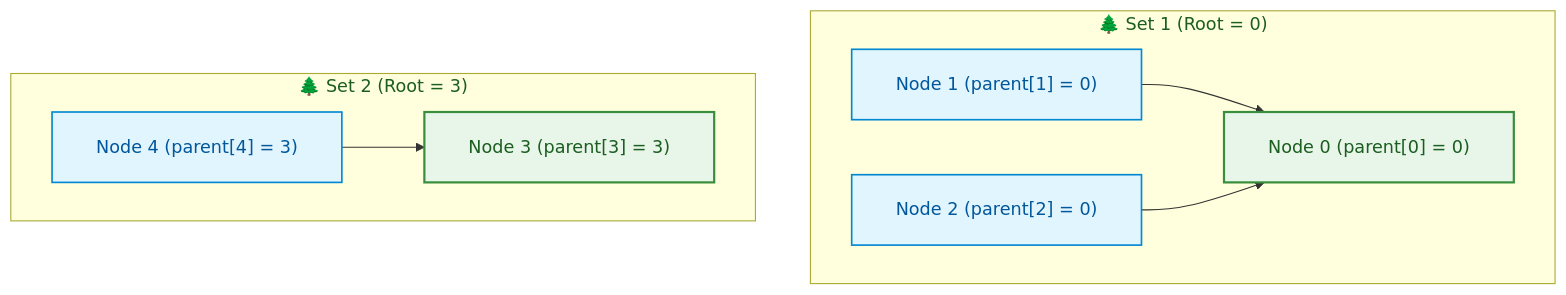
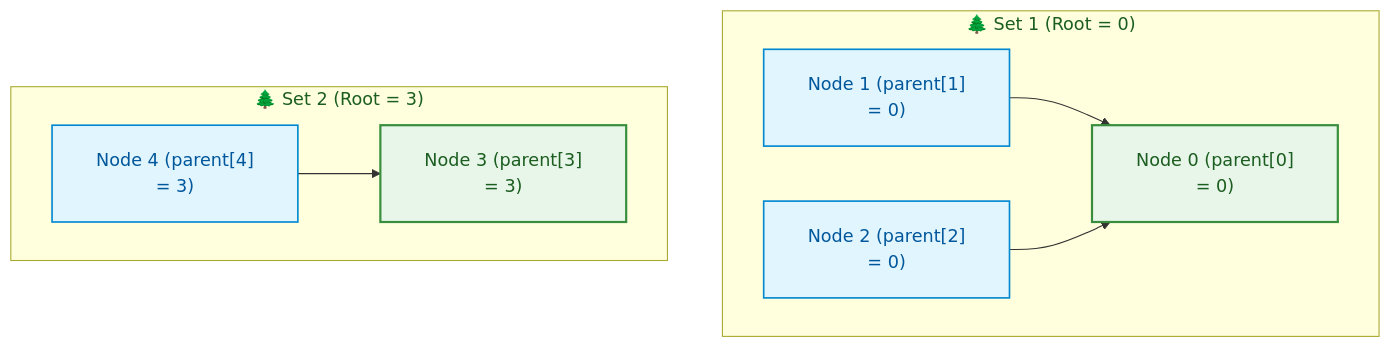
Diagram 13 of 15 in week_09_graph_algorithms_i/Week_09_Visual_Concepts_Playbook_HYBRID.md (dip4k/DSA_102), drawn with Mermaid before and after one commit. The commit also changed other lines of this file and 106 other files, not shown here.

First line of the commit message:
fix(mermaid): prevent text clipping with foreignObject overflow and tighter line wrapping

````diff
--- a/week_09_graph_algorithms_i/Week_09_Visual_Concepts_Playbook_HYBRID.md
+++ b/week_09_graph_algorithms_i/Week_09_Visual_Concepts_Playbook_HYBRID.md
@@ -466,20 +466,20 @@
 ```mermaid
-%%{init: {"flowchart": {"htmlLabels": true, "padding": 20}}}%%
+%%{init: {"flowchart": {"htmlLabels": true, "padding": 20}, "themeCSS": "foreignObject { overflow: visible !important; }"}}%%
 flowchart TD
     classDef root fill:#e8f5e9,stroke:#388e3c,color:#1b5e20,stroke-width:2px;
     classDef child fill:#e1f5fe,stroke:#0288d1,color:#01579b,stroke-width:1.5px;
 
     subgraph Tree1["🌲 Set 1 (Root = 0)"]
-        R0["Node 0 (parent[0] = 0)"]:::root
-        N1["Node 1 (parent[1] = 0)"]:::child
-        N2["Node 2 (parent[2] = 0)"]:::child
+        R0["Node 0 (parent[0]<br/>= 0)"]:::root
+        N1["Node 1 (parent[1]<br/>= 0)"]:::child
+        N2["Node 2 (parent[2]<br/>= 0)"]:::child
         N1 --> R0
         N2 --> R0
     end
 
     subgraph Tree2["🌲 Set 2 (Root = 3)"]
-        R3["Node 3 (parent[3] = 3)"]:::root
-        N4["Node 4 (parent[4] = 3)"]:::child
+        R3["Node 3 (parent[3]<br/>= 3)"]:::root
+        N4["Node 4 (parent[4]<br/>= 3)"]:::child
         N4 --> R3
     end
 ```
````
